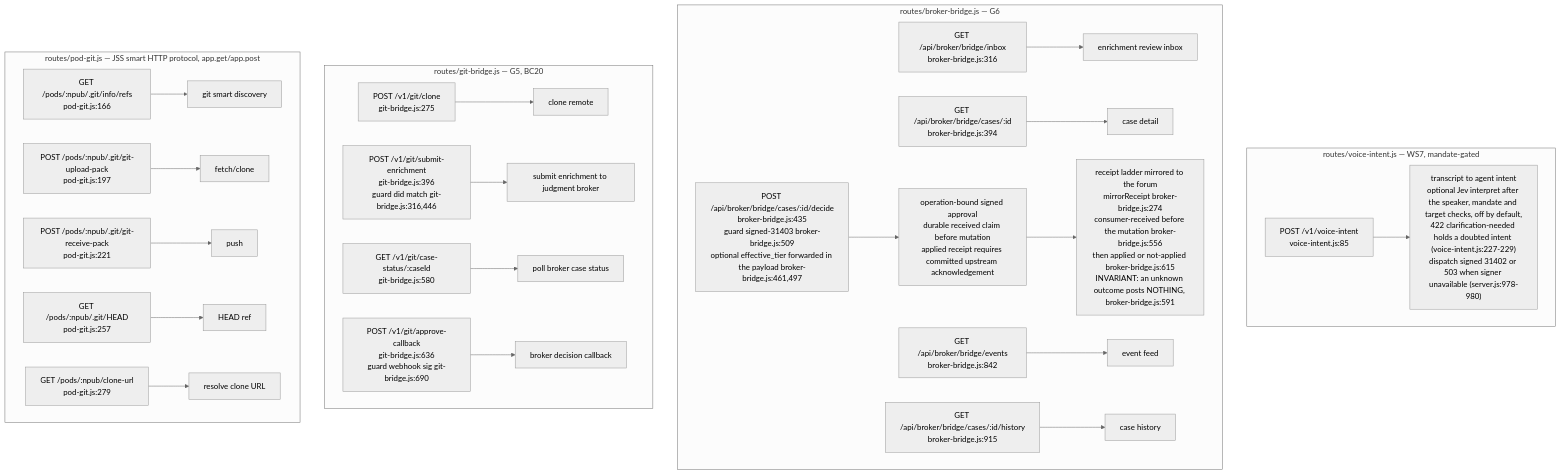
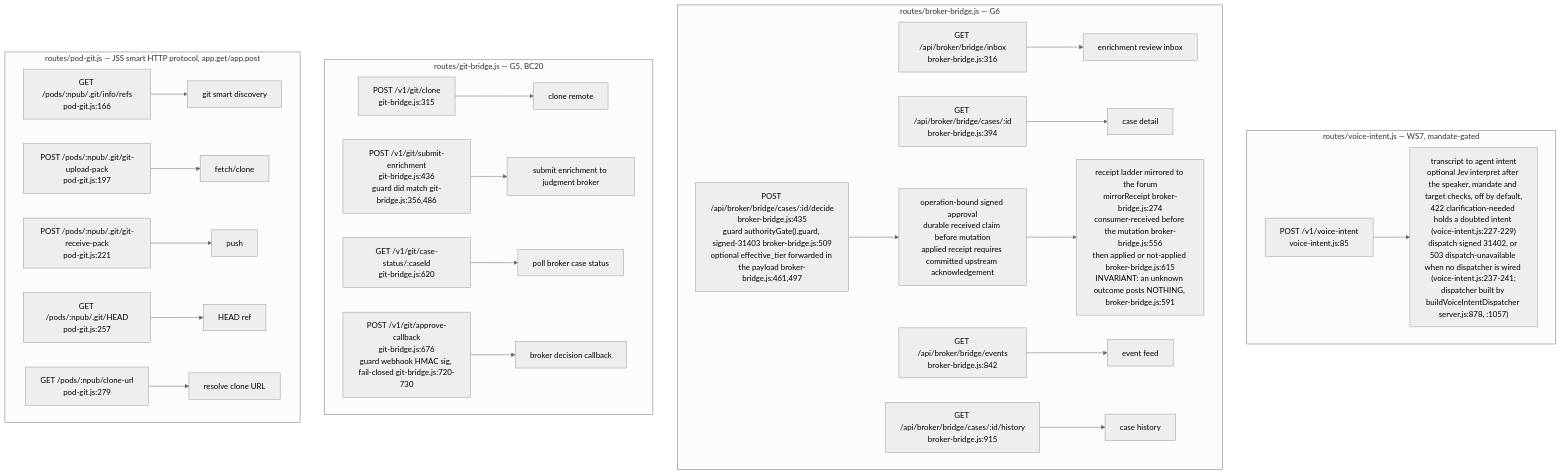
One commit to DreamLab-AI/VisionFlow changed diagram 11 of 17 in docs/diagrams/agentbox/03-management-api-request-lifecycle.md. Above: the diagram before and after it, drawn with Mermaid (neutral theme). The commit also changed other lines of this file and 173 other files, not shown here.

````diff
--- a/docs/diagrams/agentbox/03-management-api-request-lifecycle.md
+++ b/docs/diagrams/agentbox/03-management-api-request-lifecycle.md
@@ -433,27 +456,27 @@
 ```mermaid
 flowchart TD
     subgraph vi["routes/voice-intent.js — WS7, mandate-gated"]
-        VI1["POST /v1/voice-intent<br/>voice-intent.js:85"] --> VIH1["transcript to agent intent<br/>optional Jev interpret after the speaker, mandate and target checks, off by default,<br/>422 clarification-needed holds a doubted intent (voice-intent.js:227-229)<br/>dispatch signed 31402 or 503 when signer unavailable (server.js:978-980)"]
+        VI1["POST /v1/voice-intent<br/>voice-intent.js:85"] --> VIH1["transcript to agent intent<br/>optional Jev interpret after the speaker, mandate and target checks, off by default,<br/>422 clarification-needed holds a doubted intent (voice-intent.js:227-229)<br/>dispatch signed 31402, or 503 dispatch-unavailable when no dispatcher is wired (voice-intent.js:237-241;<br/>dispatcher built by buildVoiceIntentDispatcher server.js:878, :1057)"]
     end
     subgraph bb["routes/broker-bridge.js — G6"]
         BB1["GET /api/broker/bridge/inbox<br/>broker-bridge.js:316"] --> BBH1["enrichment review inbox"]
         BB2["GET /api/broker/bridge/cases/:id<br/>broker-bridge.js:394"] --> BBH2["case detail"]
-        BB3["POST /api/broker/bridge/cases/:id/decide<br/>broker-bridge.js:435<br/>guard signed-31403 broker-bridge.js:509<br/>optional effective_tier forwarded in the payload broker-bridge.js:461,497"] --> BBH3["operation-bound signed approval<br/>durable received claim before mutation<br/>applied receipt requires committed upstream acknowledgement"]
+        BB3["POST /api/broker/bridge/cases/:id/decide<br/>broker-bridge.js:435<br/>guard authorityGate().guard, signed-31403 broker-bridge.js:509<br/>optional effective_tier forwarded in the payload broker-bridge.js:461,497"] --> BBH3["operation-bound signed approval<br/>durable received claim before mutation<br/>applied receipt requires committed upstream acknowledgement"]
         BBH3 --> BBH3B["receipt ladder mirrored to the forum<br/>mirrorReceipt broker-bridge.js:274<br/>consumer-received before the mutation broker-bridge.js:556<br/>then applied or not-applied broker-bridge.js:615<br/>INVARIANT: an unknown outcome posts NOTHING, broker-bridge.js:591"]
         BB4["GET /api/broker/bridge/events<br/>broker-bridge.js:842"] --> BBH4["event feed"]
         BB5["GET /api/broker/bridge/cases/:id/history<br/>broker-bridge.js:915"] --> BBH5["case history"]
     end
     subgraph gb["routes/git-bridge.js — G5, BC20"]
-        GB1["POST /v1/git/clone<br/>git-bridge.js:275"] --> GBH1["clone remote"]
-        GB2["POST /v1/git/submit-enrichment<br/>git-bridge.js:396<br/>guard did match git-bridge.js:316,446"] --> GBH2["submit enrichment to judgment broker"]
-        GB3["GET /v1/git/case-status/:caseId<br/>git-bridge.js:580"] --> GBH3["poll broker case status"]
-        GB4["POST /v1/git/approve-callback<br/>git-bridge.js:636<br/>guard webhook sig git-bridge.js:690"] --> GBH4["broker decision callback"]
+        GB1["POST /v1/git/clone<br/>git-bridge.js:315"] --> GBH1["clone remote"]
+        GB2["POST /v1/git/submit-enrichment<br/>git-bridge.js:436<br/>guard did match git-bridge.js:356,486"] --> GBH2["submit enrichment to judgment broker"]
+        GB3["GET /v1/git/case-status/:caseId<br/>git-bridge.js:620"] --> GBH3["poll broker case status"]
+        GB4["POST /v1/git/approve-callback<br/>git-bridge.js:676<br/>guard webhook HMAC sig, fail-closed git-bridge.js:720-730"] --> GBH4["broker decision callback"]
     end
     subgraph pg["routes/pod-git.js — JSS smart HTTP protocol, app.get/app.post"]
         PG1["GET /pods/:npub/.git/info/refs<br/>pod-git.js:166"] --> PGH1["git smart discovery"]
         PG2["POST /pods/:npub/.git/git-upload-pack<br/>pod-git.js:197"] --> PGH2["fetch/clone"]
         PG3["POST /pods/:npub/.git/git-receive-pack<br/>pod-git.js:221"] --> PGH3["push"]
         PG4["GET /pods/:npub/.git/HEAD<br/>pod-git.js:257"] --> PGH4["HEAD ref"]
         PG5["GET /pods/:npub/clone-url<br/>pod-git.js:279"] --> PGH5["resolve clone URL"]
     end
 ```
````
